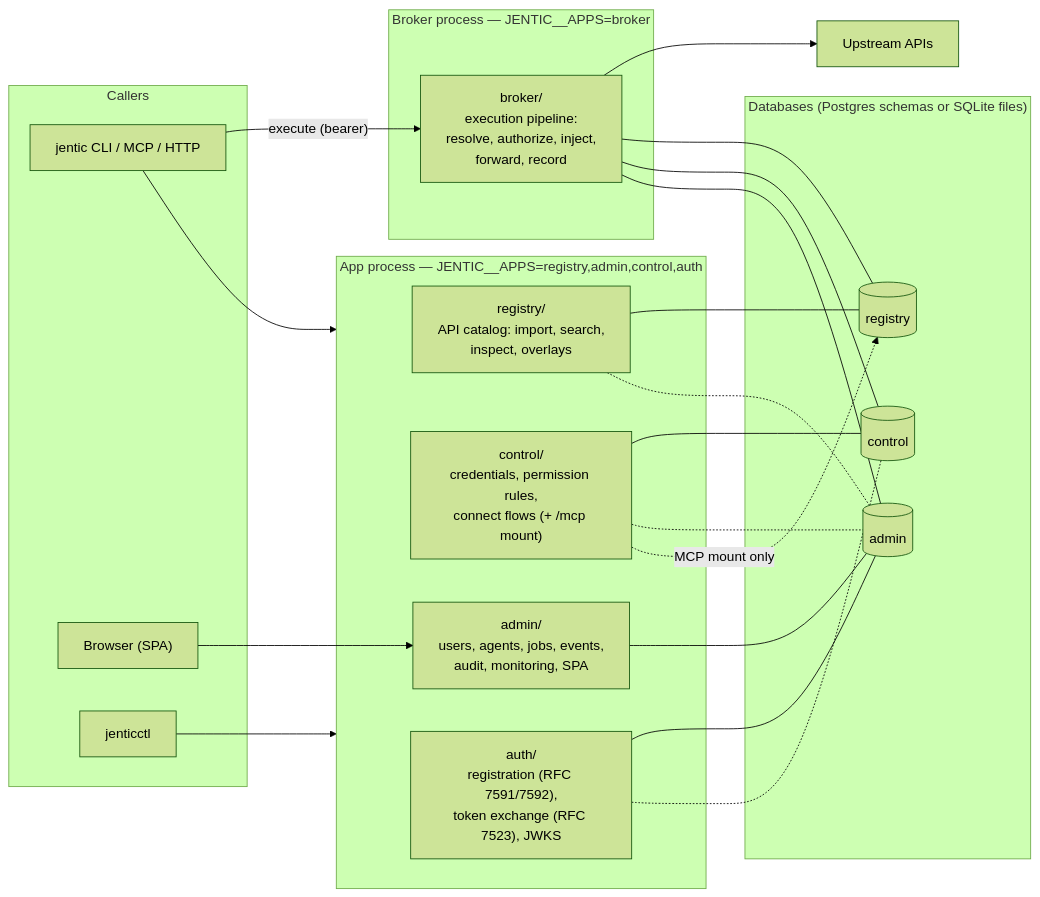
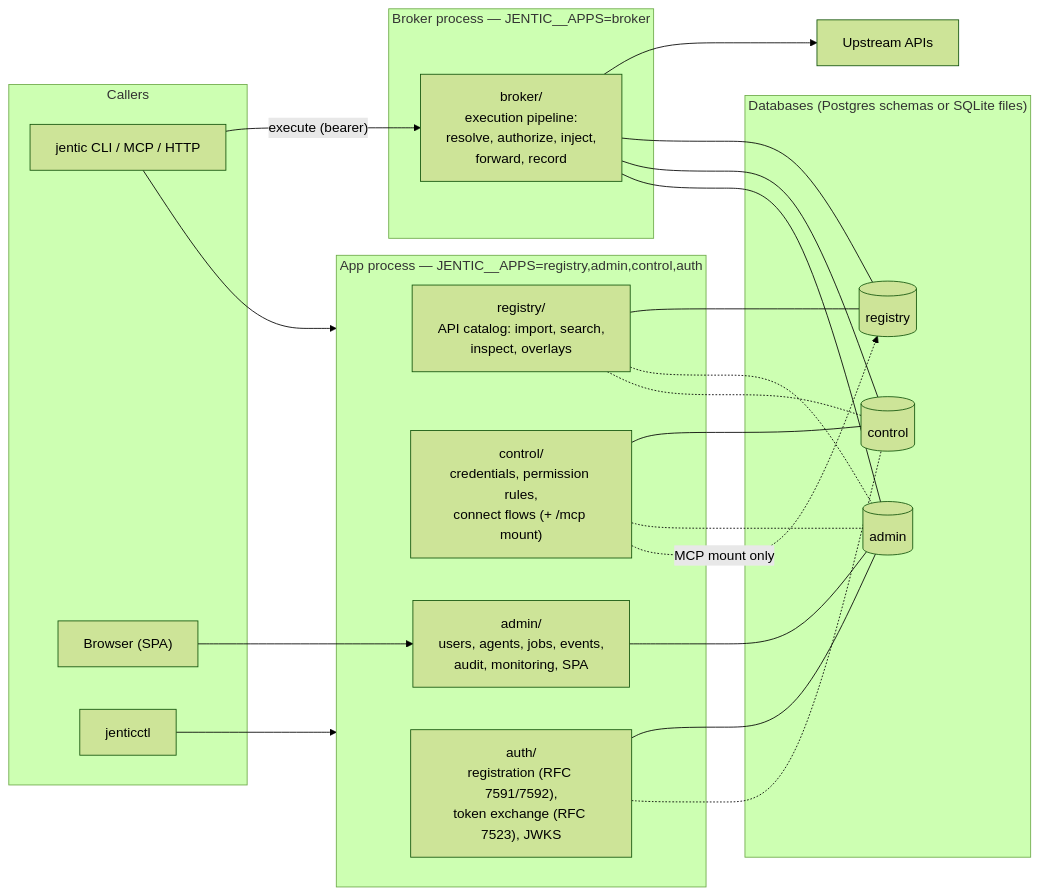
The diagram in docs/architecture/README.md (jentic/jentic-one), drawn with Mermaid (forest theme) before and after one commit. The commit also changed other lines of this file and 35 other files, not shown here.

````diff
--- a/docs/architecture/README.md
+++ b/docs/architecture/README.md
@@ -23,45 +23,46 @@
 ```mermaid
 flowchart LR
     subgraph clients [Callers]
         CLI["jentic CLI / MCP / HTTP"]
         UI["Browser (SPA)"]
         CTL["jenticctl"]
     end
 
     subgraph app [App process — JENTIC__APPS=registry,admin,control,auth]
         REG["registry/<br/>API catalog: import, search,<br/>inspect, overlays"]
         CON["control/<br/>credentials, permission rules,<br/>connect flows (+ /mcp mount)"]
         ADM["admin/<br/>users, agents, jobs, events,<br/>audit, monitoring, SPA"]
         AUTH["auth/<br/>registration (RFC 7591/7592),<br/>token exchange (RFC 7523), JWKS"]
     end
 
     subgraph broker [Broker process — JENTIC__APPS=broker]
         BRK["broker/<br/>execution pipeline:<br/>resolve, authorize, inject,<br/>forward, record"]
     end
 
     subgraph dbs ["Databases (Postgres schemas or SQLite files)"]
         RDB[("registry")]
         CDB[("control")]
         ADB[("admin")]
     end
 
     UP["Upstream APIs"]
 
     CLI --> app
     UI --> ADM
     CTL --> app
     CLI -- "execute (bearer)" --> BRK
     BRK --> UP
 
     REG --- RDB
     REG -.- ADB
+    REG -.- CDB
     CON --- CDB
     CON -.- ADB
     CON -.->|"MCP mount only"| RDB
     ADM --- ADB
     AUTH --- ADB
     AUTH -.- CDB
     BRK --- RDB
     BRK --- CDB
     BRK --- ADB
 ```
````
